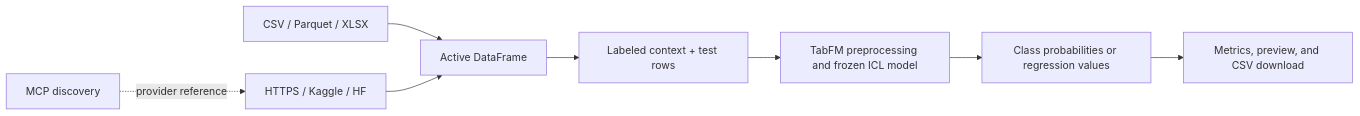
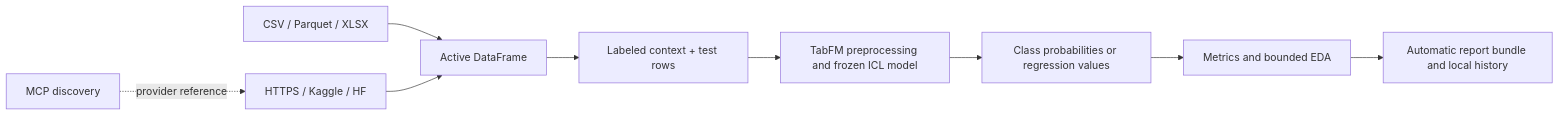
Before and after one commit to pypi-ahmad/google-tabfm-project: the diagram in README.md, drawn with Mermaid. The commit also changed other lines of this file and 367 other files, not shown here.

First line of the commit message:
feat: expand workbench with EDA/reports/history, docs, and HTMX site

````diff
--- a/README.md
+++ b/README.md
@@ -37,10 +39,11 @@
 ```mermaid
 flowchart LR
     A[CSV / Parquet / XLSX] --> D[Active DataFrame]
     B[HTTPS / Kaggle / HF] --> D
     C[MCP discovery] -. provider reference .-> B
     D --> E[Labeled context + test rows]
     E --> F[TabFM preprocessing and frozen ICL model]
     F --> G[Class probabilities or regression values]
-    G --> H[Metrics, preview, and CSV download]
+    G --> H[Metrics and bounded EDA]
+    H --> I[Automatic report bundle and local history]
 ```
````
